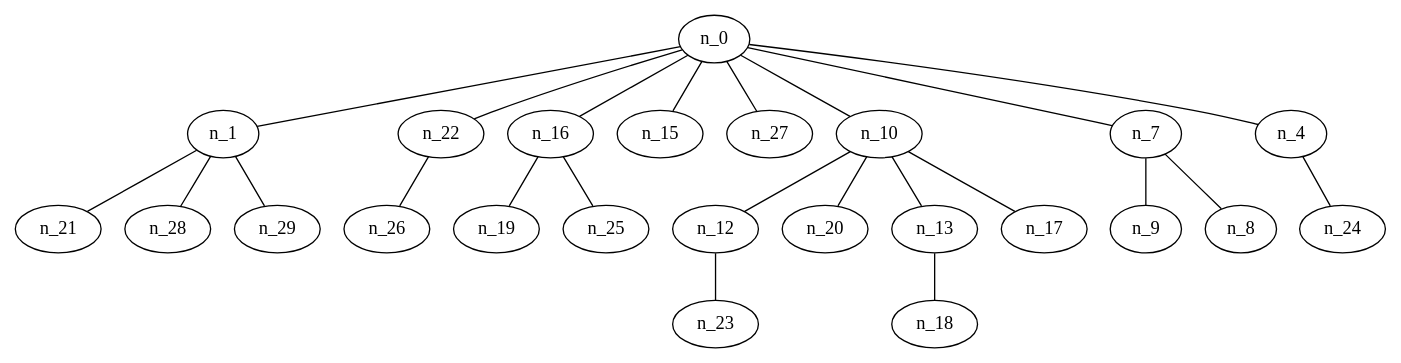
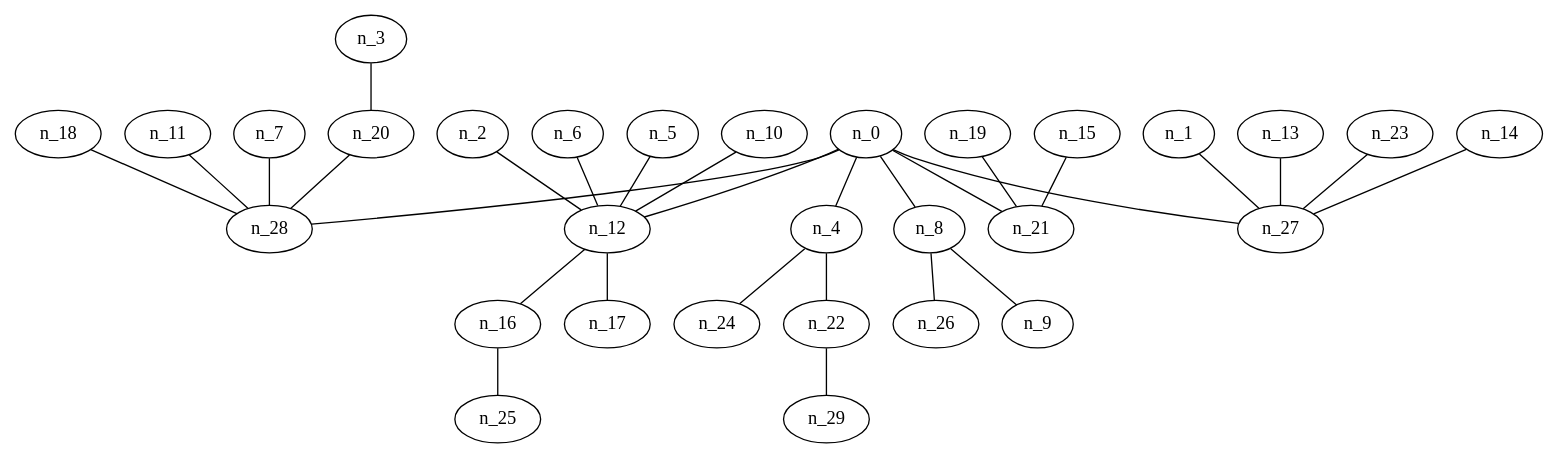
The diagram in Proyecto2/30 Nodos/Erdos/grafoErdosRenyi_30_120_BFS.gv (AkatzinBH/DAA), drawn with Graphviz before and after one commit. The commit also changed 3 other files, not shown here.

```diff
--- a/Proyecto2/30 Nodos/Erdos/grafoErdosRenyi_30_120_BFS.gv
+++ b/Proyecto2/30 Nodos/Erdos/grafoErdosRenyi_30_120_BFS.gv
@@ -1,49 +1,61 @@
 graph grafoErdosRenyi_30_120_BFS  {
 n_0;
+n_28;
+n_4;
+n_12;
+n_21;
+n_27;
+n_8;
+n_20;
+n_18;
+n_11;
+n_7;
+n_24;
+n_22;
+n_10;
+n_16;
+n_2;
+n_17;
+n_6;
+n_5;
+n_15;
+n_19;
+n_14;
 n_1;
-n_22;
-n_16;
-n_15;
-n_27;
-n_10;
-n_7;
-n_4;
-n_21;
-n_28;
+n_13;
+n_23;
+n_26;
+n_9;
+n_3;
 n_29;
-n_26;
-n_19;
 n_25;
-n_12;
-n_20;
-n_13;
-n_17;
-n_9;
-n_8;
-n_24;
-n_23;
-n_18;
-n_0 -- n_1;
-n_0 -- n_22;
-n_0 -- n_16;
-n_0 -- n_15;
+n_0 -- n_28;
+n_0 -- n_4;
+n_0 -- n_12;
+n_0 -- n_21;
 n_0 -- n_27;
-n_0 -- n_10;
-n_0 -- n_7;
-n_0 -- n_4;
-n_1 -- n_21;
-n_1 -- n_28;
-n_1 -- n_29;
-n_22 -- n_26;
-n_16 -- n_19;
+n_0 -- n_8;
+n_20 -- n_28;
+n_18 -- n_28;
+n_11 -- n_28;
+n_7 -- n_28;
+n_4 -- n_24;
+n_4 -- n_22;
+n_10 -- n_12;
+n_12 -- n_16;
+n_2 -- n_12;
+n_12 -- n_17;
+n_6 -- n_12;
+n_5 -- n_12;
+n_15 -- n_21;
+n_19 -- n_21;
+n_14 -- n_27;
+n_1 -- n_27;
+n_13 -- n_27;
+n_23 -- n_27;
+n_8 -- n_26;
+n_8 -- n_9;
+n_3 -- n_20;
+n_22 -- n_29;
 n_16 -- n_25;
-n_10 -- n_12;
-n_10 -- n_20;
-n_10 -- n_13;
-n_10 -- n_17;
-n_7 -- n_9;
-n_7 -- n_8;
-n_4 -- n_24;
-n_12 -- n_23;
-n_13 -- n_18;
 }
```
